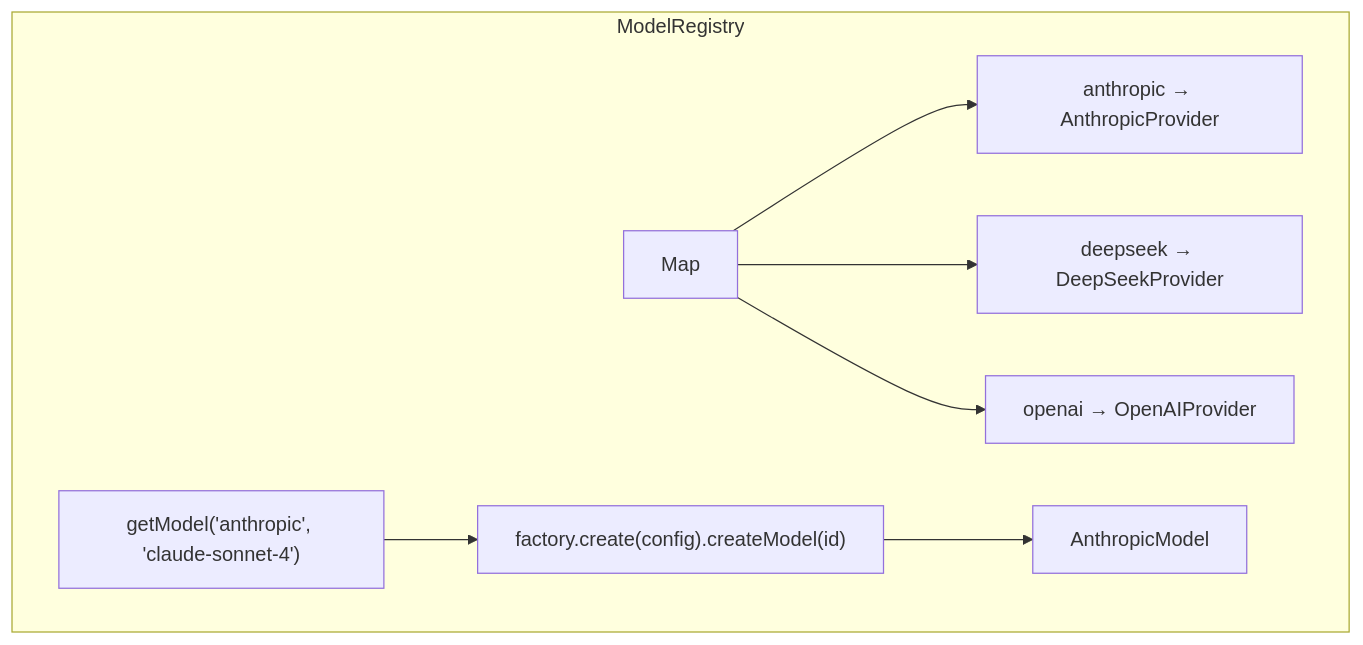
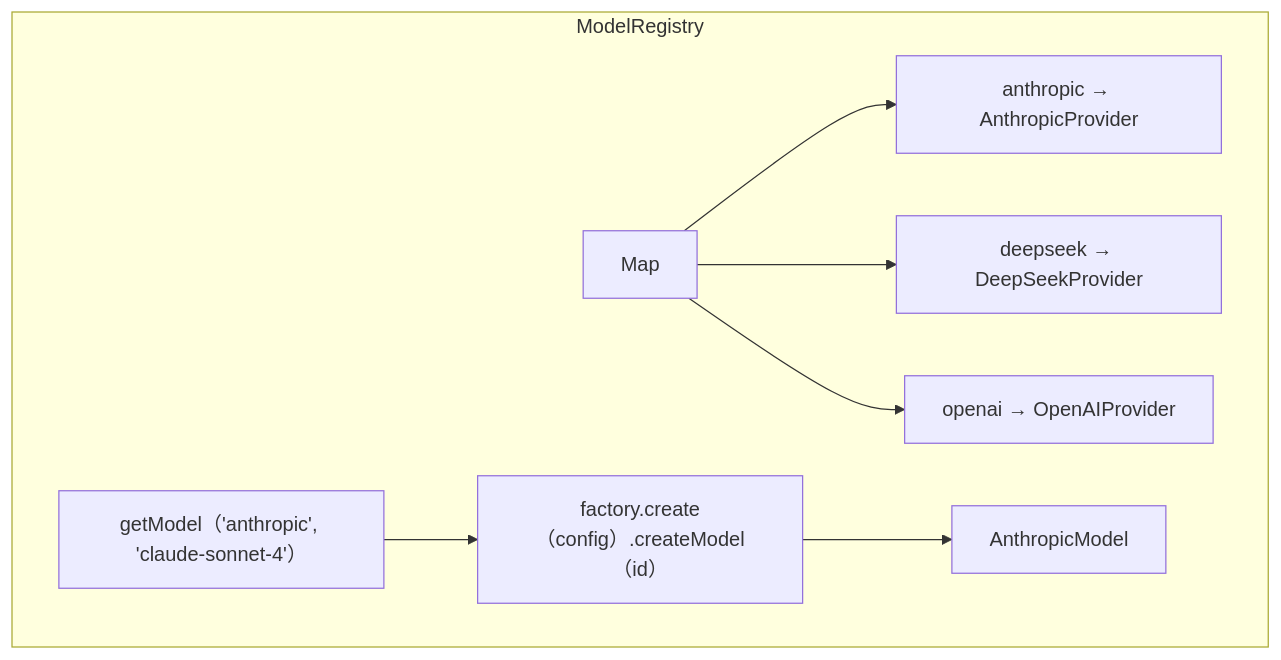
One commit to KNeegcyao/my-easy-pi changed the diagram in docs/02-ai-layer/04-model-registry.md. Above: the diagram before and after it, drawn with Mermaid. The commit also changed 25 other files, not shown here.

First line of the commit message:
fix: 修复 Mermaid 图表语法错误

````diff
--- a/docs/02-ai-layer/04-model-registry.md
+++ b/docs/02-ai-layer/04-model-registry.md
@@ -32,18 +32,18 @@
 ```mermaid
 graph TB
     subgraph MR["ModelRegistry"]
         MAP["Map<string, ProviderFactory>"]
         A["anthropic → AnthropicProvider"]
         D["deepseek → DeepSeekProvider"]
         O["openai → OpenAIProvider"]
-        GM["getModel('anthropic', 'claude-sonnet-4')"]
-        FLOW["factory.create(config).createModel(id)"]
+        GM["getModel（'anthropic', 'claude-sonnet-4'）"]
+        FLOW["factory.create（config）.createModel（id）"]
         RESULT["AnthropicModel"]
     end
 
     MAP --> A
     MAP --> D
     MAP --> O
     GM --> FLOW
     FLOW --> RESULT
 ```
````
